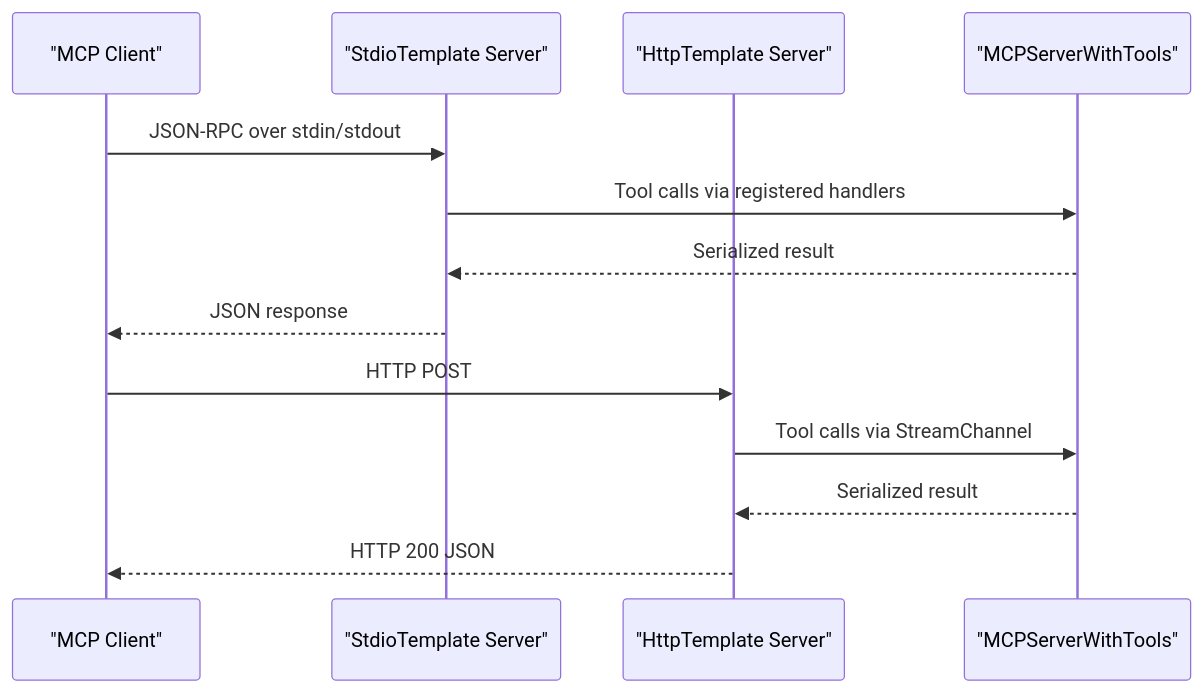
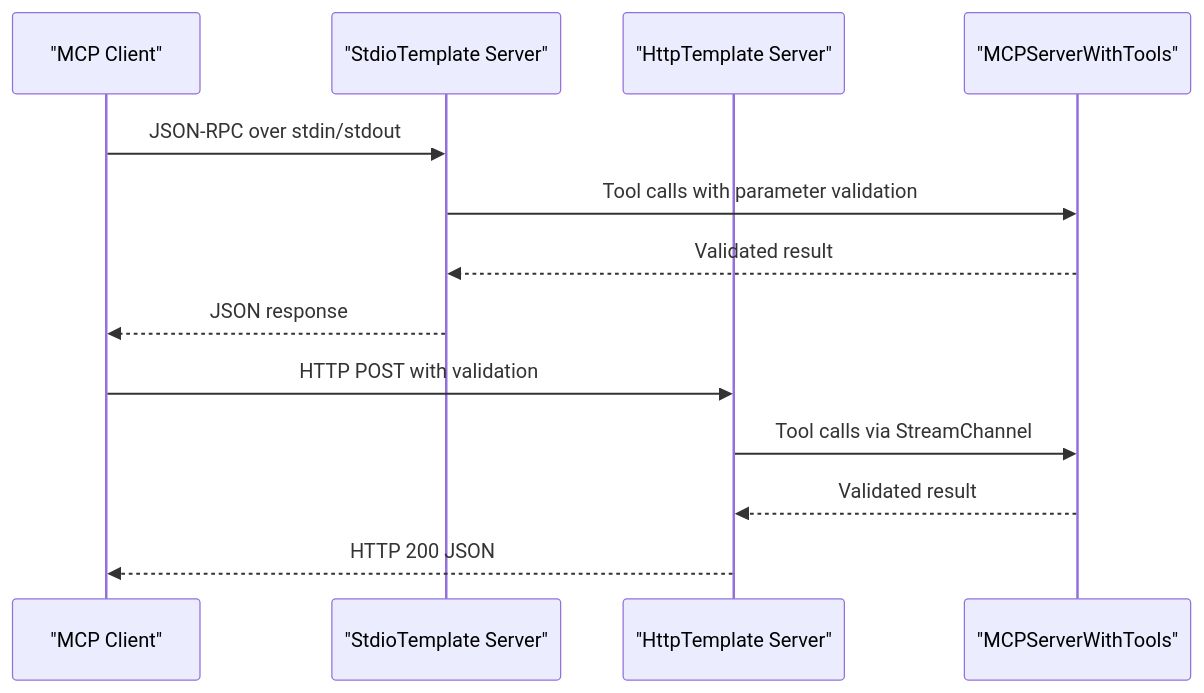
The eighth of 9 diagrams in .qoder/repowiki/en/content/Core Concepts/Code Generation Workflow.md (cdavis-code/easy_mcp_workspace), drawn with Mermaid before and after one commit. The commit also changed other lines of this file and 4 other files, not shown here.

````diff
--- a/.qoder/repowiki/en/content/Core Concepts/Code Generation Workflow.md
+++ b/.qoder/repowiki/en/content/Core Concepts/Code Generation Workflow.md
@@ -293,15 +325,15 @@
 ```mermaid
 sequenceDiagram
 participant Client as "MCP Client"
 participant Stdio as "StdioTemplate Server"
 participant Http as "HttpTemplate Server"
 participant MCP as "MCPServerWithTools"
 Client->>Stdio : JSON-RPC over stdin/stdout
-Stdio->>MCP : Tool calls via registered handlers
-MCP-->>Stdio : Serialized result
+Stdio->>MCP : Tool calls with parameter validation
+MCP-->>Stdio : Validated result
 Stdio-->>Client : JSON response
-Client->>Http : HTTP POST
+Client->>Http : HTTP POST with validation
 Http->>MCP : Tool calls via StreamChannel
-MCP-->>Http : Serialized result
+MCP-->>Http : Validated result
 Http-->>Client : HTTP 200 JSON
 ```
````
